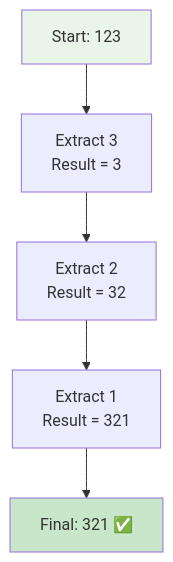
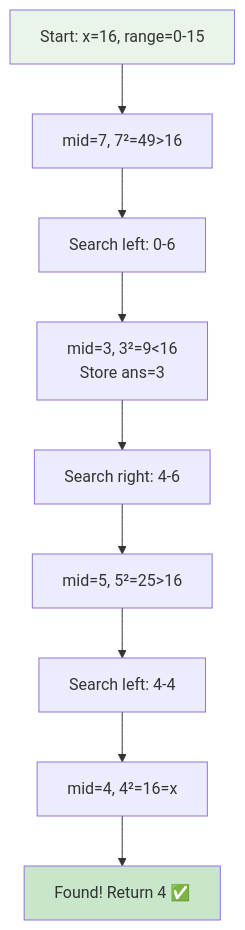
One commit to LuckyLongre123/README_RUNNER changed the third of 14 diagrams in README.md. Above: the diagram before and after it, drawn with Mermaid. The commit also changed other lines of this file, not shown here.

````diff
--- a/README.md
+++ b/README.md
@@ -84,10 +88,14 @@
 ```mermaid
-graph TD
-    A[Start: 123] --> B[Extract 3<br/>Result = 3]
-    B --> C[Extract 2<br/>Result = 32]
-    C --> D[Extract 1<br/>Result = 321]
-    D --> E[Final: 321 ✅]
+flowchart TD
+    A[Start: x=16, range=0-15] --> B[mid=7, 7²=49>16]
+    B --> C[Search left: 0-6]
+    C --> D[mid=3, 3²=9<16<br/>Store ans=3]
+    D --> E[Search right: 4-6]
+    E --> F[mid=5, 5²=25>16]
+    F --> G[Search left: 4-4]
+    G --> H[mid=4, 4²=16=x]
+    H --> I[Found! Return 4 ✅]
     
     style A fill:#e8f5e8
-    style E fill:#c8e6c9
+    style I fill:#c8e6c9
 ```
````
